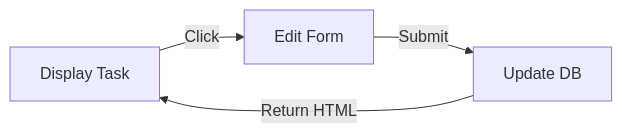
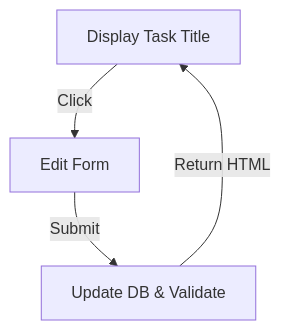
Before and after one commit to seanwhs/Tutorials: the third of 6 diagrams in Full-Stack/Django-Vite-HTMX-Alpine.md, drawn with Mermaid. The commit also changed other lines of this file, not shown here.

````diff
--- a/Full-Stack/Django-Vite-HTMX-Alpine.md
+++ b/Full-Stack/Django-Vite-HTMX-Alpine.md
@@ -88,6 +62,6 @@
 ```mermaid
-flowchart LR
-    Span[Display Task] -->|Click| Form[Edit Form]
-    Form -->|Submit| Django[Update DB]
+flowchart TD
+    Span[Display Task Title]:::browser -->|Click| Form[Edit Form]:::htmx
+    Form -->|Submit| Django[Update DB & Validate]:::server
     Django -->|Return HTML| Span
 ```
````
